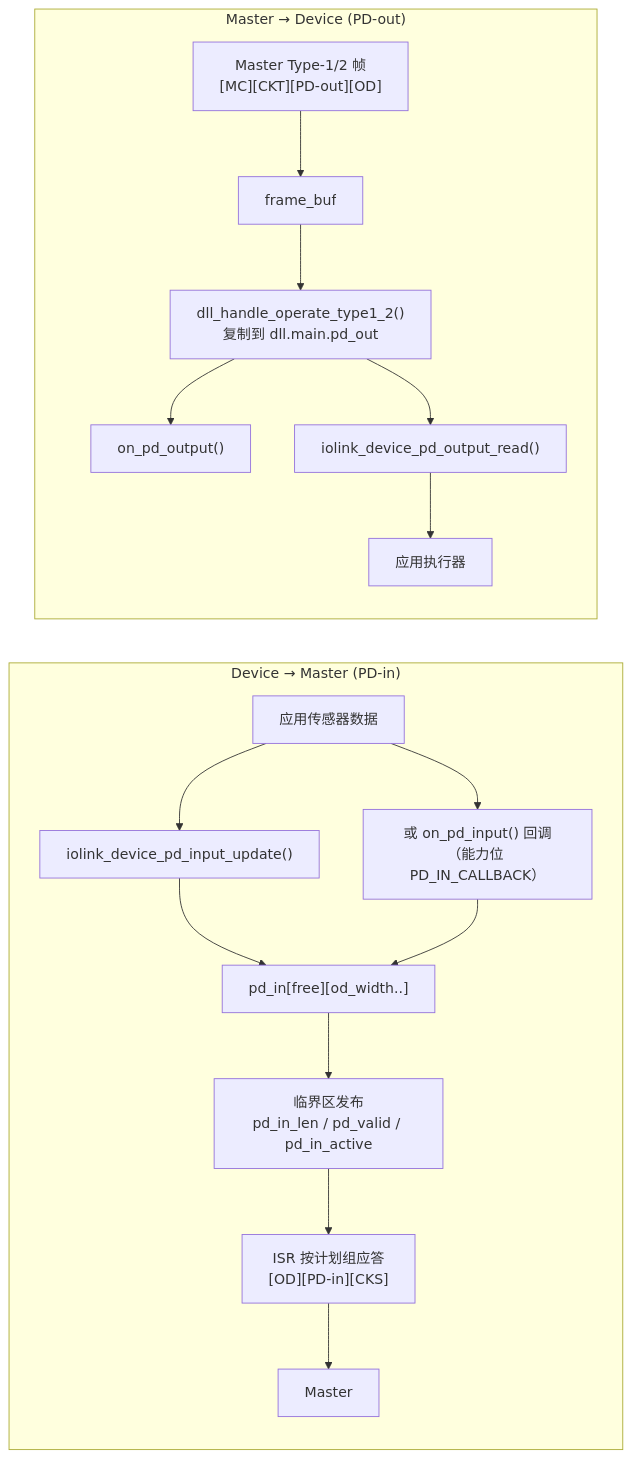
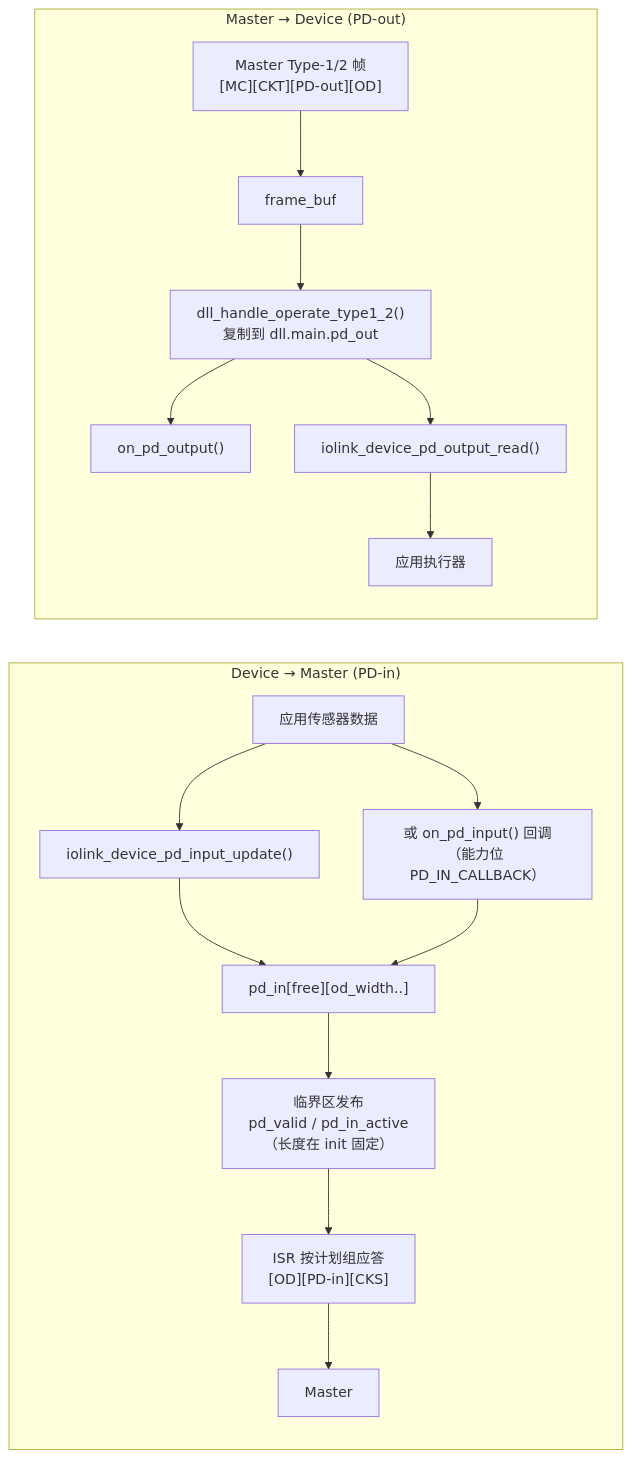
Before and after one commit to Adlyq/iolinki: the eighth of 17 diagrams in docs/CODE_FLOW.md, drawn with Mermaid. The commit also changed other lines of this file and 13 other files, not shown here.

````diff
--- a/docs/CODE_FLOW.md
+++ b/docs/CODE_FLOW.md
@@ -456,19 +456,19 @@
 ```mermaid
 flowchart LR
     subgraph IN["Device → Master (PD-in)"]
         A1["应用传感器数据"] --> A2["iolink_device_pd_input_update()"]
         A1 --> A3["或 on_pd_input() 回调<br/>（能力位 PD_IN_CALLBACK）"]
         A2 --> A4["pd_in[free][od_width..]"]
         A3 --> A4
-        A4 --> A5["临界区发布<br/>pd_in_len / pd_valid / pd_in_active"]
+        A4 --> A5["临界区发布<br/>pd_valid / pd_in_active<br/>（长度在 init 固定）"]
         A5 --> A6["ISR 按计划组应答<br/>[OD][PD-in][CKS]"]
         A6 --> A7["Master"]
     end
     subgraph OUT["Master → Device (PD-out)"]
         B1["Master Type-1/2 帧<br/>[MC][CKT][PD-out][OD]"] --> B2["frame_buf"]
         B2 --> B3["dll_handle_operate_type1_2()<br/>复制到 dll.main.pd_out"]
         B3 --> B4["on_pd_output()"]
         B3 --> B5["iolink_device_pd_output_read()"]
         B5 --> B6["应用执行器"]
     end
 ```
````
